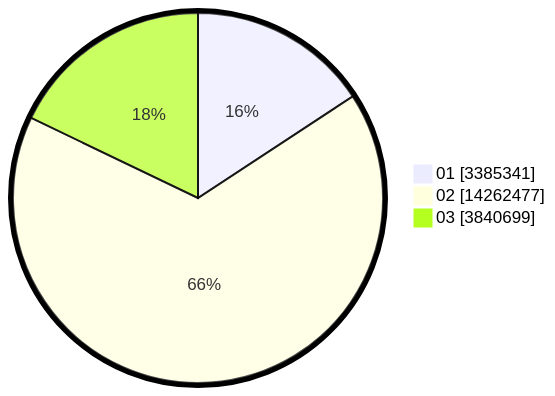
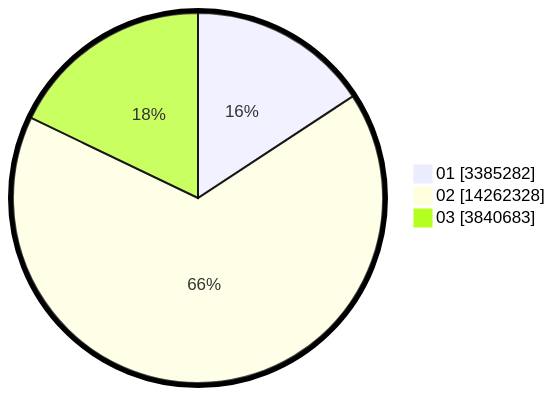
The second of 2 diagrams in pilpres/hitung-suara/sub/table-wilayah-35.md (gigit-pemilu/pemilu-2024), drawn with Mermaid before and after one commit. The commit also changed other lines of this file and 7 other files, not shown here.

````diff
--- a/pilpres/hitung-suara/sub/table-wilayah-35.md
+++ b/pilpres/hitung-suara/sub/table-wilayah-35.md
@@ -15,7 +15,7 @@
 ```mermaid
 %%{init: {"pie": {"textPosition": 0.5}, "themeVariables": {"pieOuterStrokeWidth": "5px"}} }%%
 pie showData
-    "01" : 3385341
-    "02" : 14262477
-    "03" : 3840699
+    "01" : 3385282
+    "02" : 14262328
+    "03" : 3840683
 ```
````
